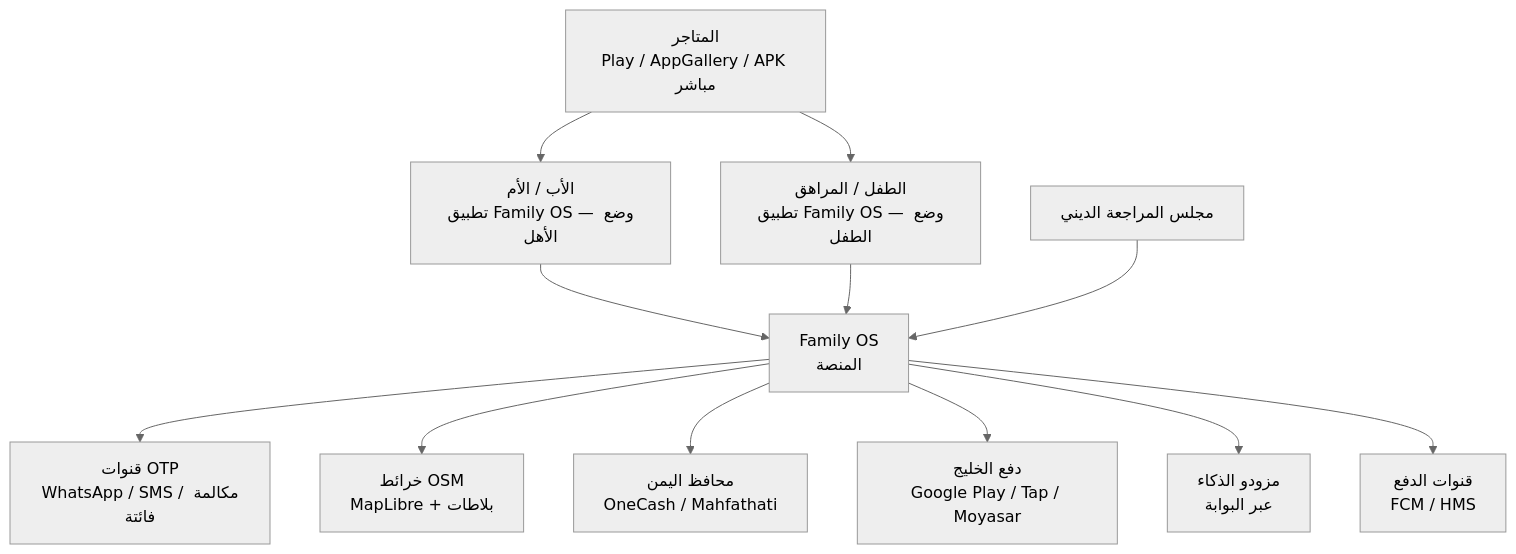
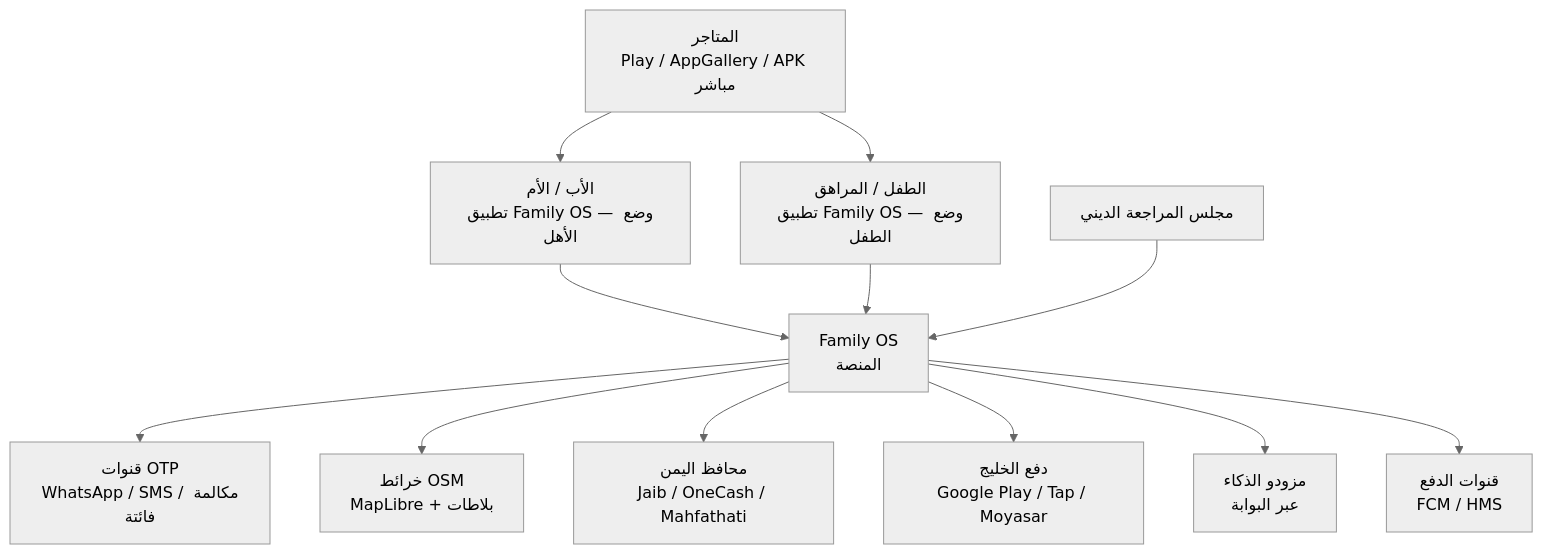
Before and after one commit to Bassam-mohammed-alqaeadi/family-os-v2: the first of 9 diagrams in docs/family-os/governance/architecture/ARCHITECTURE.md, drawn with Mermaid (neutral theme). The commit also changed other lines of this file and 32 other files, not shown here.

````diff
--- a/docs/family-os/governance/architecture/ARCHITECTURE.md
+++ b/docs/family-os/governance/architecture/ARCHITECTURE.md
@@ -49,25 +49,25 @@
 ```mermaid
 graph TD
     PARENT[الأب / الأم<br/>تطبيق Family OS — وضع الأهل]
     CHILD[الطفل / المراهق<br/>تطبيق Family OS — وضع الطفل]
     BOARD[مجلس المراجعة الديني]
     FOS[Family OS<br/>المنصة]
     OTP[قنوات OTP<br/>WhatsApp / SMS / مكالمة فائتة]
     MAP[خرائط OSM<br/>MapLibre + بلاطات]
-    PAYY[محافظ اليمن<br/>OneCash / Mahfathati]
+    PAYY[محافظ اليمن<br/>Jaib / OneCash / Mahfathati]
     PAYG[دفع الخليج<br/>Google Play / Tap / Moyasar]
     AI[مزودو الذكاء<br/>عبر البوابة]
     PUSH[قنوات الدفع<br/>FCM / HMS]
     STORE[المتاجر<br/>Play / AppGallery / APK مباشر]
     PARENT --> FOS
     CHILD --> FOS
     BOARD --> FOS
     FOS --> OTP
     FOS --> MAP
     FOS --> PAYY
     FOS --> PAYG
     FOS --> AI
     FOS --> PUSH
     STORE --> PARENT
     STORE --> CHILD
 ```
````
